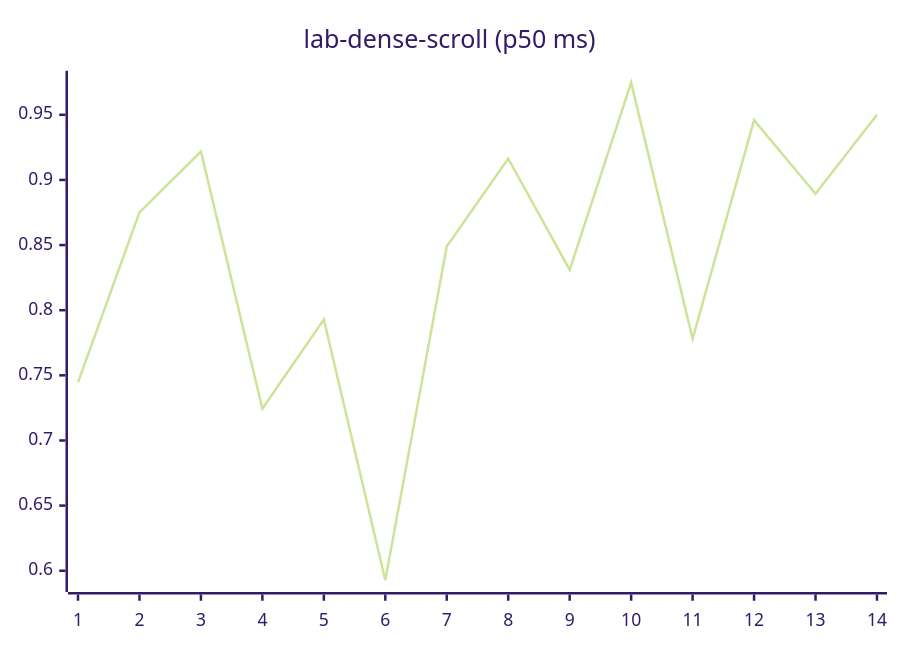
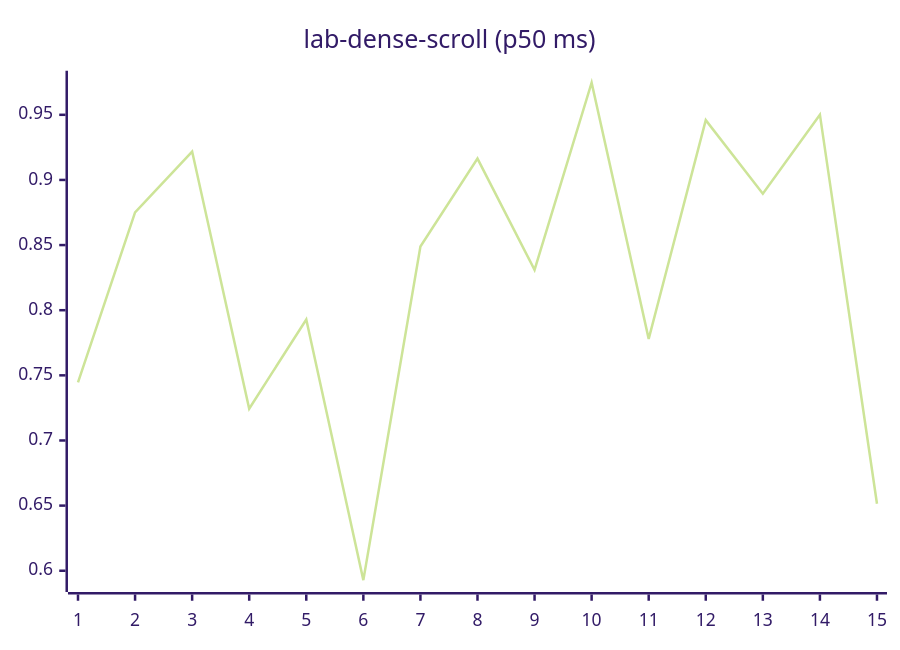
Before and after one commit to josha/Facet: diagram 12 of 27 in README.md, drawn with Mermaid (forest theme). The commit also changed other lines of this file and 2 other files, not shown here.

````diff
--- a/README.md
+++ b/README.md
@@ -140,6 +140,6 @@
 ```mermaid
 xychart-beta
     title "lab-dense-scroll (p50 ms)"
-    x-axis 1 --> 14
-    line [0.7446, 0.8751, 0.9218, 0.7244, 0.7929, 0.5928, 0.8489, 0.9164, 0.8310, 0.9747, 0.7780, 0.9459, 0.8894, 0.9501]
+    x-axis 1 --> 15
+    line [0.7446, 0.8751, 0.9218, 0.7244, 0.7929, 0.5928, 0.8489, 0.9164, 0.8310, 0.9747, 0.7780, 0.9459, 0.8894, 0.9501, 0.6514]
 ```
````
